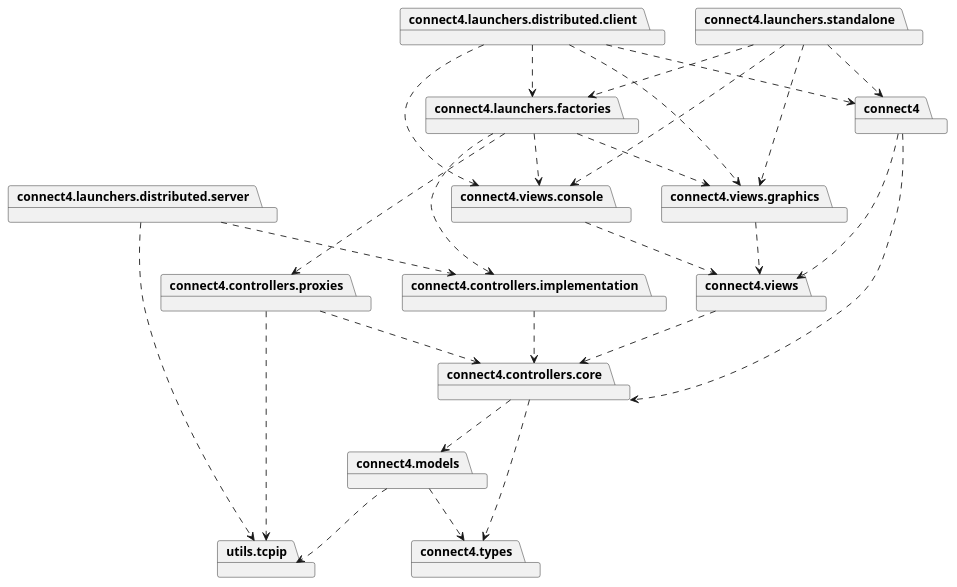
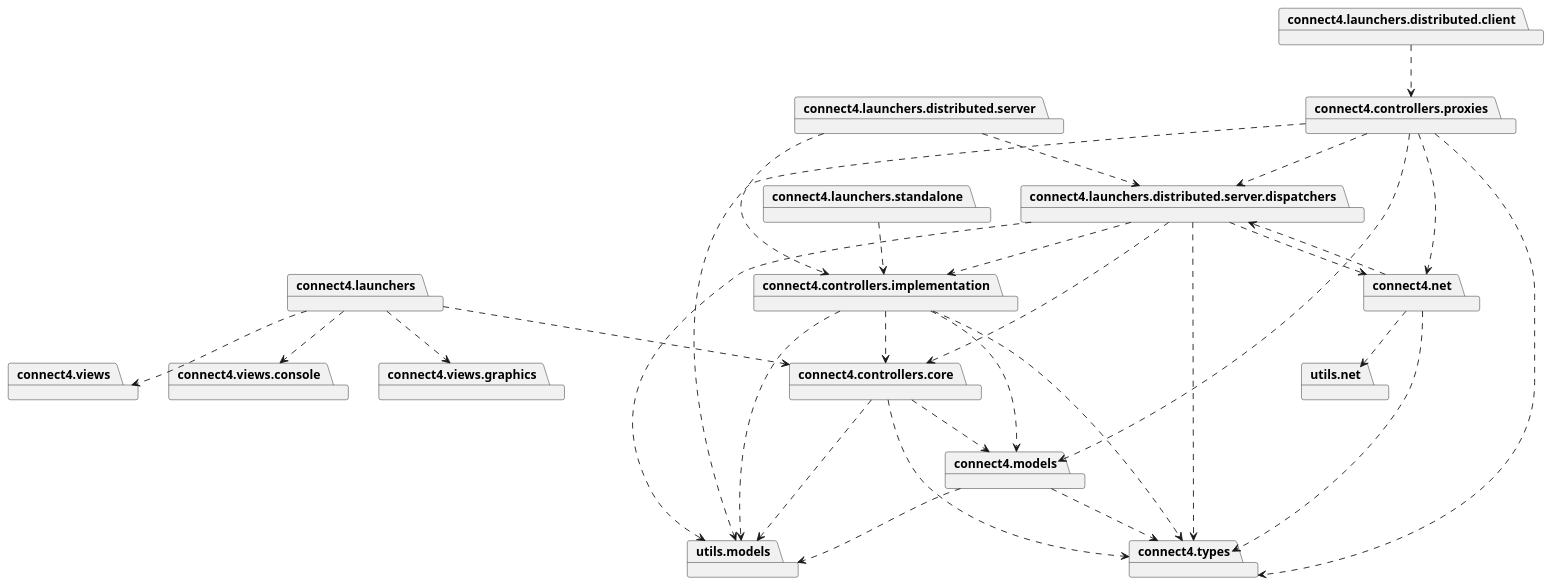
One commit to js-rom/connect4 changed the diagram in connect4/Docs/diagrams/src/packages/packageDiagramDistributed.plantuml. Above: the diagram before and after it, drawn with PlantUML.

Commit message:
docs: update package diagram #7

```diff
--- a/connect4/Docs/diagrams/src/packages/packageDiagramDistributed.plantuml
+++ b/connect4/Docs/diagrams/src/packages/packageDiagramDistributed.plantuml
@@ -1,52 +1,62 @@
 @startuml
 
-package connect4
-package utils.tcpip
-package connect4.launchers.standalone
-package connect4.launchers.distributed.client
-package connect4.launchers.distributed.server
-package connect4.launchers.factories
-
+package connect4.launchers
 package connect4.controllers.core
-package connect4.controllers.implementation
-package connect4.controllers.proxies
-package connect4.models
-package connect4.types
 package connect4.views
 package connect4.views.console
 package connect4.views.graphics
 
-connect4 ..> connect4.controllers.core
-connect4 ..> connect4.views
-connect4.launchers.standalone ..> connect4
-connect4.launchers.distributed.client ..> connect4
-connect4.launchers.standalone ..> connect4.launchers.factories
-connect4.launchers.distributed.client ..> connect4.launchers.factories
-connect4.launchers.factories ..> connect4.controllers.implementation
-connect4.launchers.factories ..> connect4.controllers.proxies
+connect4.launchers ..> connect4.controllers.core
+connect4.launchers ..> connect4.views
+connect4.launchers ..> connect4.views.console
+connect4.launchers ..> connect4.views.graphics
+
+package connect4.launchers.standalone
+package connect4.controllers.implementation
+connect4.launchers.standalone ..> connect4.controllers.implementation
+
+package connect4.launchers.distributed.client
+package connect4.controllers.proxies
+connect4.launchers.distributed.client ..> connect4.controllers.proxies
+
+package connect4.launchers.distributed.server
+package connect4.launchers.distributed.server.dispatchers
+connect4.launchers.distributed.server ..> connect4.launchers.distributed.server.dispatchers
+connect4.launchers.distributed.server ..> connect4.controllers.implementation
+package connect4.types
+package utils.models
+package connect4.controllers.core
+connect4.launchers.distributed.server.dispatchers ..> connect4.controllers.implementation
+connect4.launchers.distributed.server.dispatchers ..> connect4.types
+connect4.launchers.distributed.server.dispatchers ..> utils.models
+connect4.launchers.distributed.server.dispatchers ..> connect4.controllers.core
+package connect4.net
+connect4.launchers.distributed.server.dispatchers ..> connect4.net
+
+package connect4.models
+connect4.models ..> connect4.types
+connect4.models ..> utils.models
+
+
+connect4.net ..> connect4.types
+connect4.net ..> connect4.launchers.distributed.server.dispatchers
+package utils.net
+connect4.net ..> utils.net
+
+package connect4.controllers.core
+connect4.controllers.core ..> connect4.types
+connect4.controllers.core ..> connect4.models
+connect4.controllers.core ..> utils.models
+
 connect4.controllers.implementation ..> connect4.controllers.core
-connect4.controllers.proxies ..> connect4.controllers.core
+connect4.controllers.implementation ..> connect4.models
+connect4.controllers.implementation ..> connect4.types
+connect4.controllers.implementation ..> utils.models
 
-connect4.launchers.standalone ..> connect4.views.console
-connect4.launchers.standalone ..> connect4.views.graphics
-connect4.launchers.distributed.client ..> connect4.views.console
-connect4.launchers.distributed.client ..> connect4.views.graphics
-
-connect4.launchers.factories ..> connect4.views.console
-connect4.launchers.factories ..> connect4.views.graphics
-
-connect4.views.console ..> connect4.views
-connect4.views.graphics ..> connect4.views
-
-connect4.views ..> connect4.controllers.core
-
-connect4.controllers.core ..> connect4.models
-connect4.controllers.core ..> connect4.types
-connect4.models ..> connect4.types
-
-connect4.controllers.proxies ..> utils.tcpip
-connect4.launchers.distributed.server ..> utils.tcpip
-connect4.models ..> utils.tcpip
-connect4.launchers.distributed.server ..> connect4.controllers.implementation
+connect4.controllers.proxies ..> connect4.types
+connect4.controllers.proxies ..> connect4.net
+connect4.controllers.proxies ..> connect4.launchers.distributed.server.dispatchers
+connect4.controllers.proxies ..> utils.models
+connect4.controllers.proxies ..> connect4.models
 
 @enduml
```
